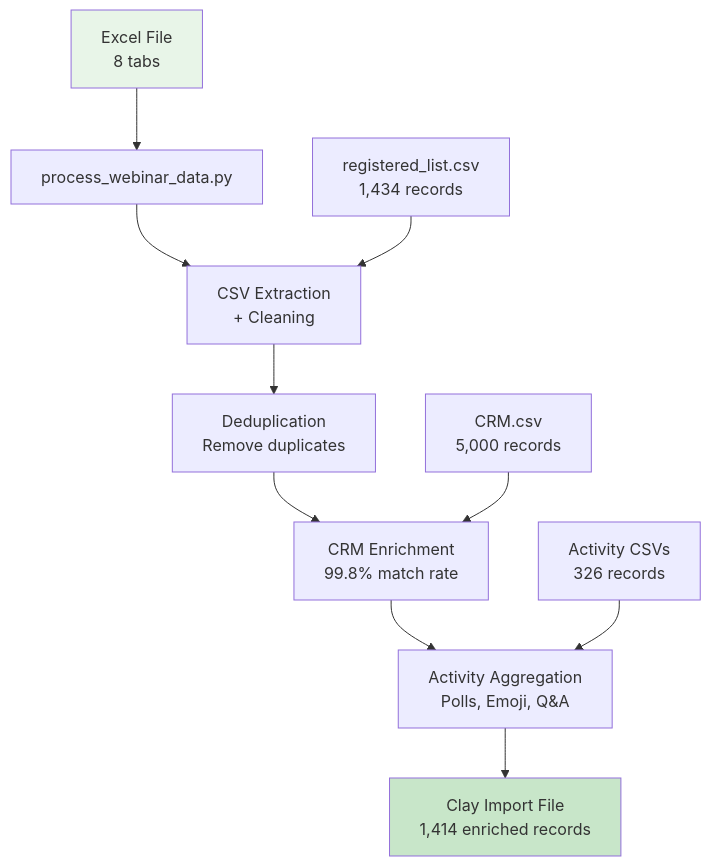
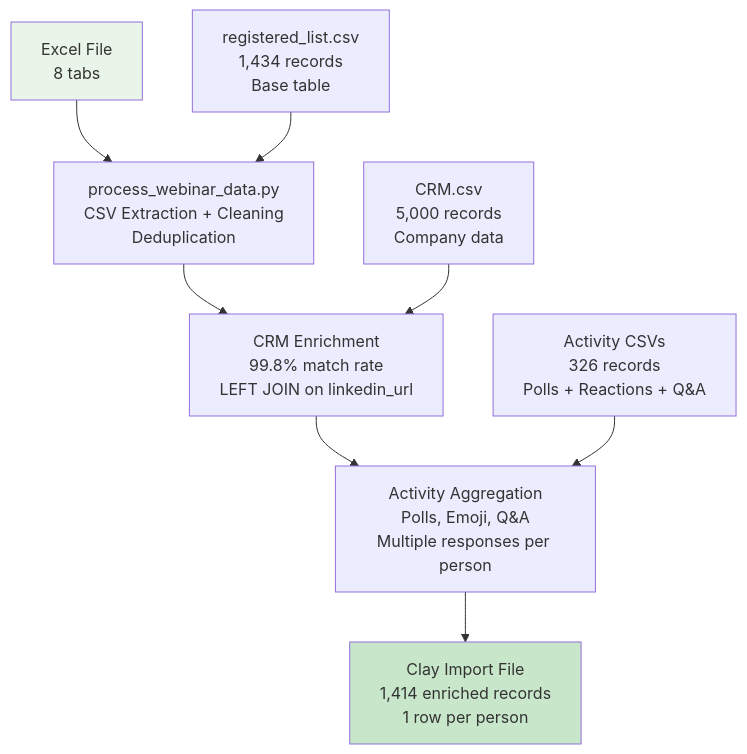
One commit to frankterpo/clay_gtm changed the second of 2 diagrams in README.md. Above: the diagram before and after it, drawn with Mermaid.

Commit message:
Fix diagram flow - process_webinar_data.py IS the Excel processing step
- CORRECTED: Script now shown as the Excel processing step (not separate)
- CLARIFIED: Shows CSV extraction + cleaning + deduplication in one step
- STREAMLINED: Reduced diagram complexity while maintaining clarity
- RESULT: More accurate representation of the actual processing pipeline

````diff
--- a/README.md
+++ b/README.md
@@ -118,16 +118,14 @@
 ```mermaid
 flowchart TD
-    A[Excel File<br/>8 tabs] --> B[process_webinar_data.py]
-    B --> C[CSV Extraction<br/>+ Cleaning]
-    C --> D[Deduplication<br/>Remove duplicates]
-    D --> E[CRM Enrichment<br/>99.8% match rate]
-    E --> F[Activity Aggregation<br/>Polls, Emoji, Q&A]
-    F --> G[Clay Import File<br/>1,414 enriched records]
+    A[Excel File<br/>8 tabs] --> B[process_webinar_data.py<br/>CSV Extraction + Cleaning<br/>Deduplication]
+    B --> C[CRM Enrichment<br/>99.8% match rate<br/>LEFT JOIN on linkedin_url]
+    C --> D[Activity Aggregation<br/>Polls, Emoji, Q&A<br/>Multiple responses per person]
+    D --> E[Clay Import File<br/>1,414 enriched records<br/>1 row per person]
 
-    H[registered_list.csv<br/>1,434 records] --> C
-    I[CRM.csv<br/>5,000 records] --> E
-    J[Activity CSVs<br/>326 records] --> F
+    F[registered_list.csv<br/>1,434 records<br/>Base table] --> B
+    G[CRM.csv<br/>5,000 records<br/>Company data] --> C
+    H[Activity CSVs<br/>326 records<br/>Polls + Reactions + Q&A] --> D
 
     style A fill:#e8f5e8
-    style G fill:#c8e6c9
+    style E fill:#c8e6c9
 ```
````
